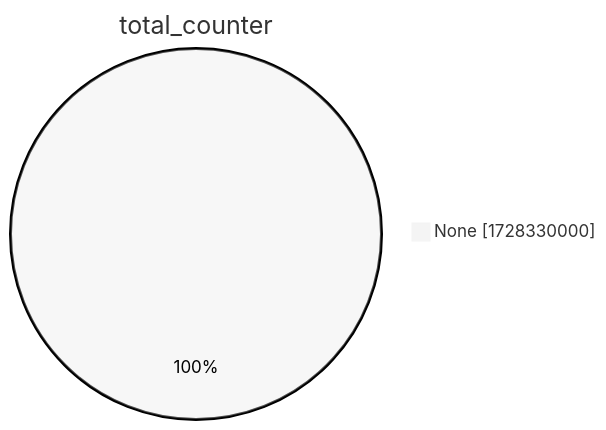
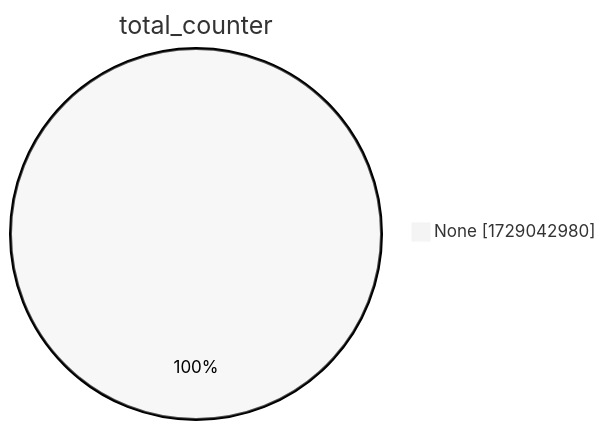
The second of 15 diagrams in xenon2022/README.md (christiankrug/ctmonitor_visualization), drawn with Mermaid (neutral theme) before and after one commit. The commit also changed other lines of this file, not shown here.

````diff
--- a/xenon2022/README.md
+++ b/xenon2022/README.md
@@ -9,5 +9,5 @@
 ```mermaid
 pie showData
 title total_counter
-"None" :1728330000
+"None" :1729042980
 ```
````
